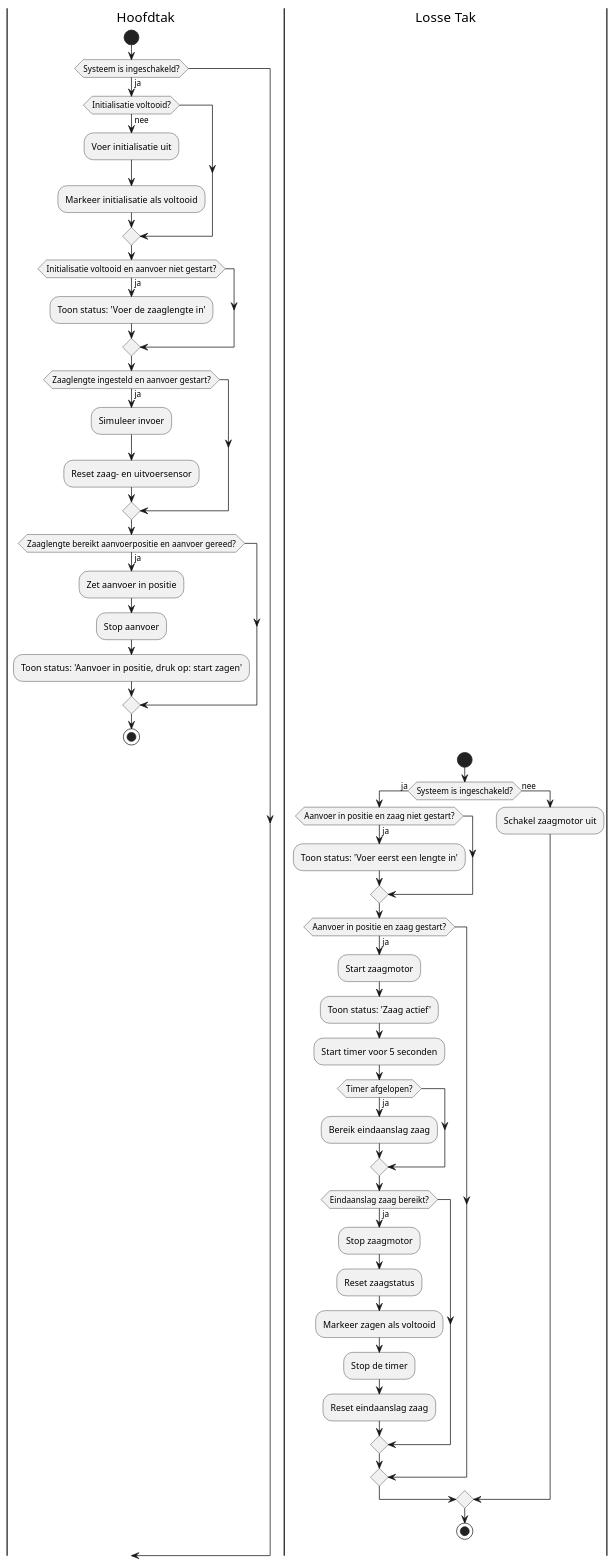
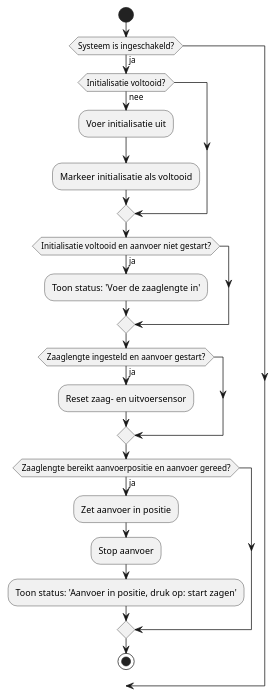
One commit to MilanWichink/Individuele-eindopdracht changed the second of 2 diagrams in src/chapter_1.md. Above: the diagram before and after it, drawn with PlantUML. The commit also changed other lines of this file, not shown here.

Commit message:
flowchart van zagen aangepast en van de in en uitvoer een begin gemaakt met de flowchart.

````diff
--- a/src/chapter_1.md
+++ b/src/chapter_1.md
@@ -3,69 +32,29 @@
 ```plantuml
+@startuml In- en uitvoer
 
-@startuml flowchart
-
-|Hoofdtak|
-start
-
-if (Systeem is ingeschakeld?) then (ja)
-  
-  if (Initialisatie voltooid?) then (nee)
-    :Voer initialisatie uit;
-    :Markeer initialisatie als voltooid;
-  endif
-  
-  if (Initialisatie voltooid en aanvoer niet gestart?) then (ja)
-    :Toon status: 'Voer de zaaglengte in';
-  endif
-
-  if (Zaaglengte ingesteld en aanvoer gestart?) then (ja)
-    :Simuleer invoer;
-    :Reset zaag- en uitvoersensor;
-  endif
-  
-  if (Zaaglengte bereikt aanvoerpositie en aanvoer gereed?) then (ja)
-    :Zet aanvoer in positie;
-    :Stop aanvoer;
-    :Toon status: 'Aanvoer in positie, druk op: start zagen';
-  endif
-
-  stop
-
-|Losse Tak|
 start
 if (Systeem is ingeschakeld?) then (ja)
 
-  if (Aanvoer in positie en zaag niet gestart?) then (ja)
-    :Toon status: 'Voer eerst een lengte in';
-  endif
-
-  if (Aanvoer in positie en zaag gestart?) then (ja)
-    :Start zaagmotor;
-    :Toon status: 'Zaag actief';
-    :Start timer voor 5 seconden;
-    
-    if (Timer afgelopen?) then (ja)
-      :Bereik eindaanslag zaag;
+    if (Initialisatie voltooid?) then (nee)
+      :Voer initialisatie uit;
+      :Markeer initialisatie als voltooid;
     endif
 
-    if (Eindaanslag zaag bereikt?) then (ja)
-      :Stop zaagmotor;
-      :Reset zaagstatus;
-      :Markeer zagen als voltooid;
-      :Stop de timer;
-      :Reset eindaanslag zaag;
+    if (Initialisatie voltooid en aanvoer niet gestart?) then (ja)
+      :Toon status: 'Voer de zaaglengte in';
     endif
 
-  endif
+    if (Zaaglengte ingesteld en aanvoer gestart?) then (ja)
+      :Reset zaag- en uitvoersensor;
+    endif
 
-else (nee)
-  :Schakel zaagmotor uit;
+    if (Zaaglengte bereikt aanvoerpositie en aanvoer gereed?) then (ja)
+      :Zet aanvoer in positie;
+      :Stop aanvoer;
+      :Toon status: 'Aanvoer in positie, druk op: start zagen';
+    endif
+
+    stop
 endif
-
-stop
-
 @enduml
-
-
-
 ```
````
